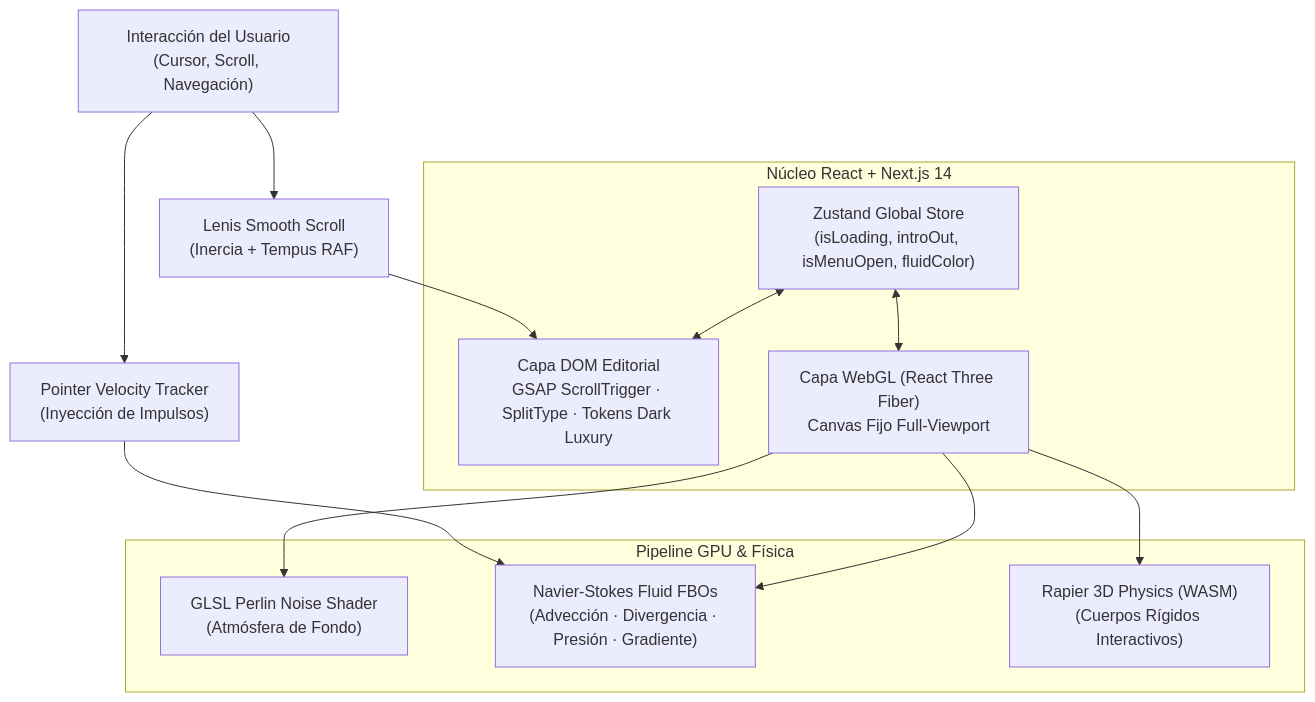
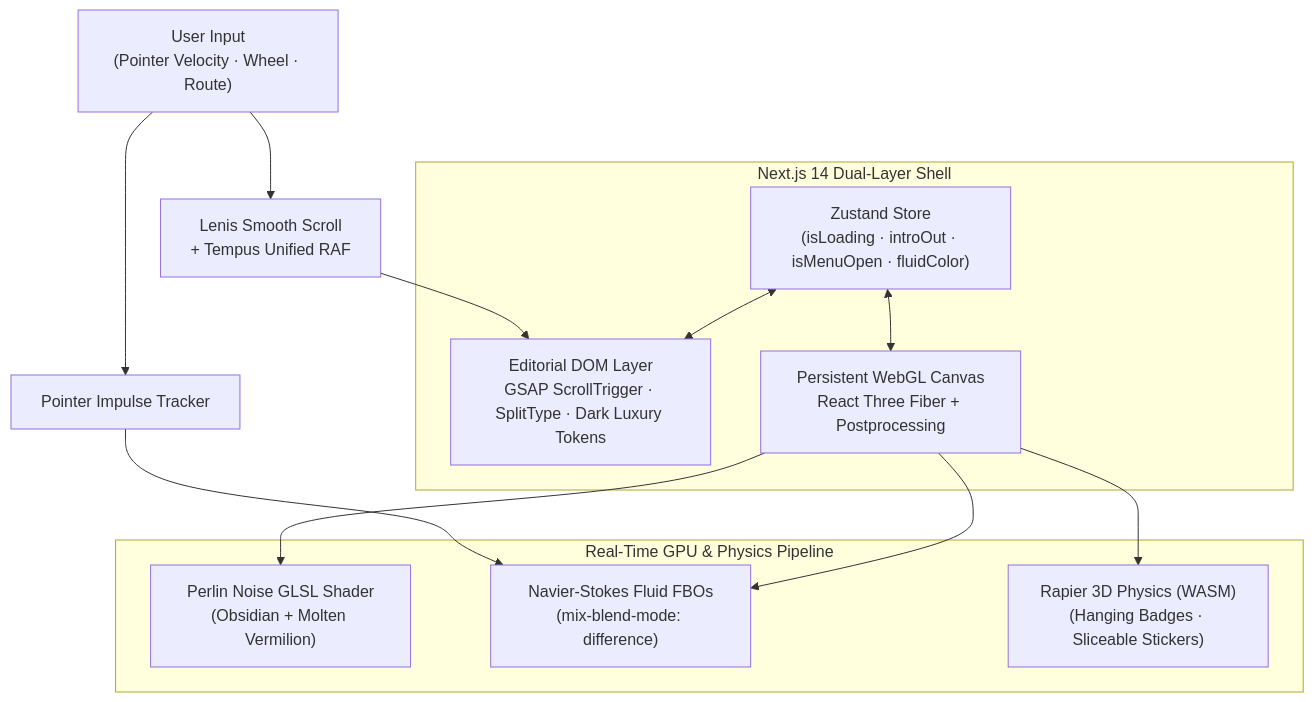
The diagram in README.md (annoris/kairo), drawn with Mermaid before and after one commit. The commit also changed other lines of this file, not shown here.

````diff
--- a/README.md
+++ b/README.md
@@ -67,26 +143,26 @@
 ```mermaid
 flowchart TB
-    User["Interacción del Usuario\n(Cursor, Scroll, Navegación)"] --> Lenis["Lenis Smooth Scroll\n(Inercia + Tempus RAF)"]
-    User --> FluidInput["Pointer Velocity Tracker\n(Inyección de Impulsos)"]
+    User["User Input\n(Pointer Velocity · Wheel · Route)"] --> Lenis["Lenis Smooth Scroll\n+ Tempus Unified RAF"]
+    User --> Splat["Pointer Impulse Tracker"]
 
-    subgraph Core["Núcleo React + Next.js 14"]
-        Store["Zustand Global Store\n(isLoading, introOut, isMenuOpen, fluidColor)"]
-        DOM["Capa DOM Editorial\nGSAP ScrollTrigger · SplitType · Tokens Dark Luxury"]
-        Canvas["Capa WebGL (React Three Fiber)\nCanvas Fijo Full-Viewport"]
+    subgraph NextApp["Next.js 14 Dual-Layer Shell"]
+        Zustand["Zustand Store\n(isLoading · introOut · isMenuOpen · fluidColor)"]
+        DOM["Editorial DOM Layer\nGSAP ScrollTrigger · SplitType · Dark Luxury Tokens"]
+        R3F["Persistent WebGL Canvas\nReact Three Fiber + Postprocessing"]
     end
 
     Lenis --> DOM
-    Store <--> DOM
-    Store <--> Canvas
+    Zustand <--> DOM
+    Zustand <--> R3F
 
-    subgraph GPU["Pipeline GPU & Física"]
-        Perlin["GLSL Perlin Noise Shader\n(Atmósfera de Fondo)"]
-        Navier["Navier-Stokes Fluid FBOs\n(Advección · Divergencia · Presión · Gradiente)"]
-        Rapier["Rapier 3D Physics (WASM)\n(Cuerpos Rígidos Interactivos)"]
+    subgraph GPU["Real-Time GPU & Physics Pipeline"]
+        Perlin["Perlin Noise GLSL Shader\n(Obsidian + Molten Vermilion)"]
+        Fluid["Navier-Stokes Fluid FBOs\n(mix-blend-mode: difference)"]
+        Rapier["Rapier 3D Physics (WASM)\n(Hanging Badges · Sliceable Stickers)"]
     end
 
-    FluidInput --> Navier
-    Canvas --> Perlin
-    Canvas --> Navier
-    Canvas --> Rapier
+    Splat --> Fluid
+    R3F --> Perlin
+    R3F --> Fluid
+    R3F --> Rapier
 ```
````
